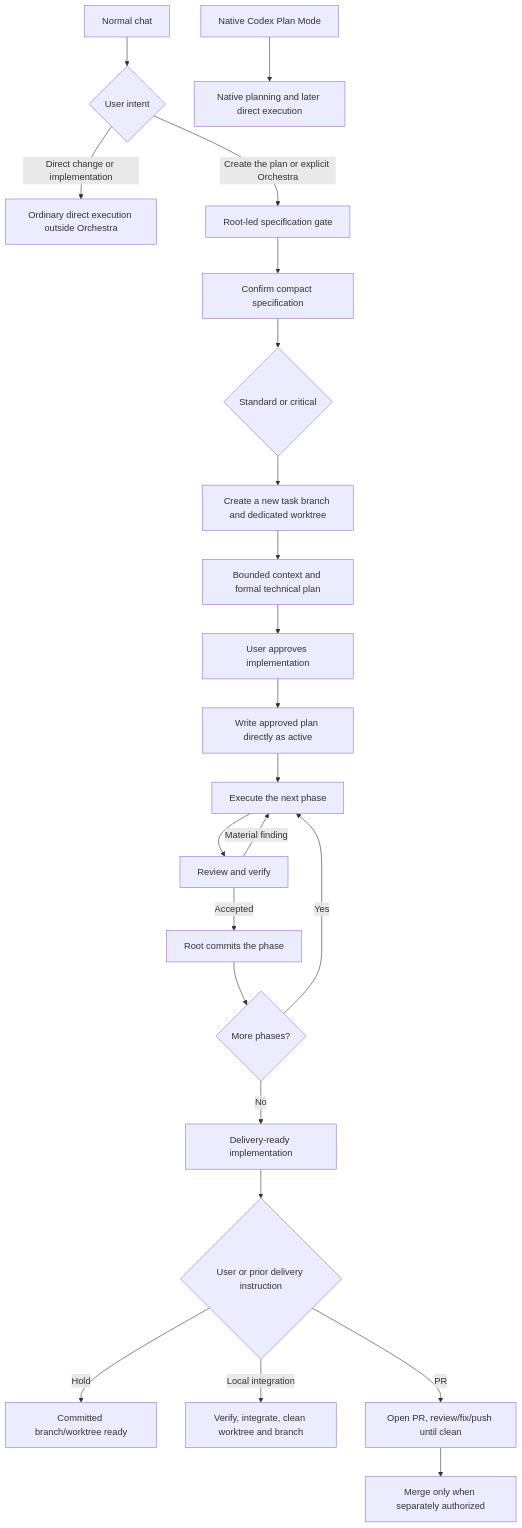
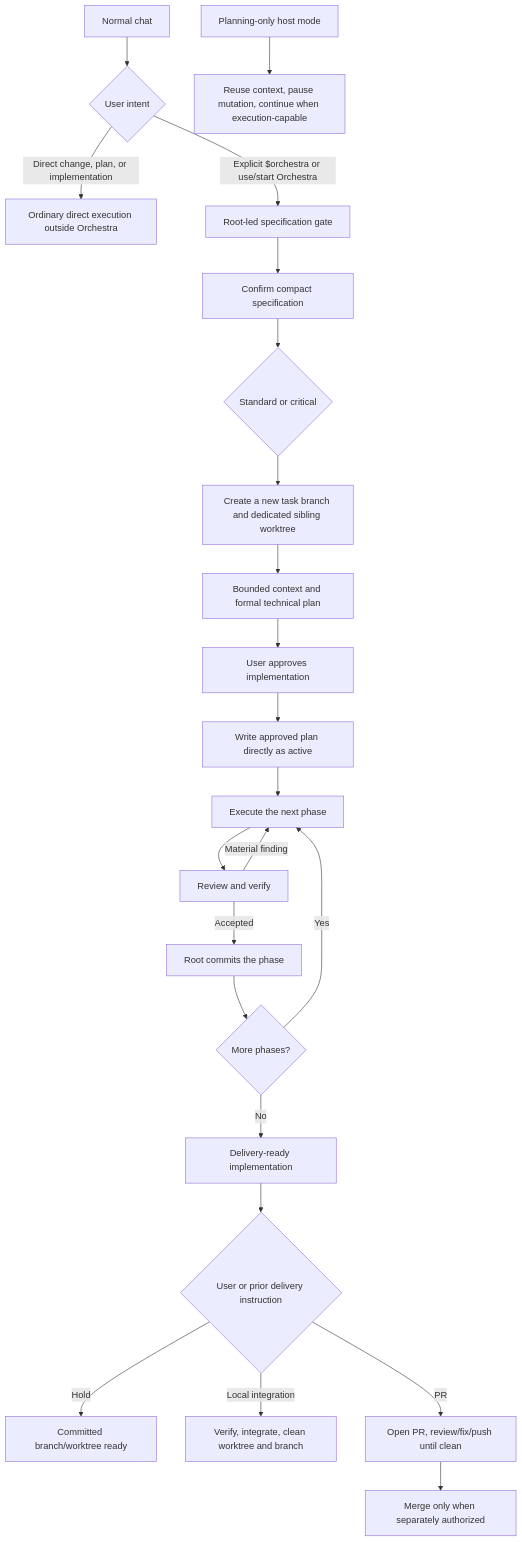
One commit to FranciscoJSBarragan/Orchestra changed the diagram in docs/WORKFLOW.md. Above: the diagram before and after it, drawn with Mermaid. The commit also changed other lines of this file and 14 other files, not shown here.

````diff
--- a/docs/WORKFLOW.md
+++ b/docs/WORKFLOW.md
@@ -5,25 +5,25 @@
 ```mermaid
 flowchart TD
     U["Normal chat"] --> Q{"User intent"}
-    Q -->|"Direct change or implementation"| DX["Ordinary direct execution outside Orchestra"]
-    Q -->|"Create the plan or explicit Orchestra"| S["Root-led specification gate"]
-    NPM["Native Codex Plan Mode"] --> PX["Native planning and later direct execution"]
+    Q -->|"Direct change, plan, or implementation"| DX["Ordinary direct execution outside Orchestra"]
+    Q -->|"Explicit $orchestra or use/start Orchestra"| S["Root-led specification gate"]
+    POM["Planning-only host mode"] --> WAIT["Reuse context, pause mutation, continue when execution-capable"]
     S --> C["Confirm compact specification"]
     C --> T{"Standard or critical"}
-    T --> I["Create a new task branch and dedicated worktree"]
+    T --> I["Create a new task branch and dedicated sibling worktree"]
     I --> P["Bounded context and formal technical plan"]
     P --> A["User approves implementation"]
     A --> W["Write approved plan directly as active"]
     W --> F["Execute the next phase"]
     F --> R["Review and verify"]
     R -->|"Material finding"| F
     R -->|"Accepted"| M["Root commits the phase"]
     M --> N{"More phases?"}
     N -->|"Yes"| F
     N -->|"No"| D["Delivery-ready implementation"]
     D --> H{"User or prior delivery instruction"}
     H -->|"Hold"| HX["Committed branch/worktree ready"]
     H -->|"Local integration"| LI["Verify, integrate, clean worktree and branch"]
     H -->|"PR"| PR["Open PR, review/fix/push until clean"]
     PR --> PMG["Merge only when separately authorized"]
 ```
````
